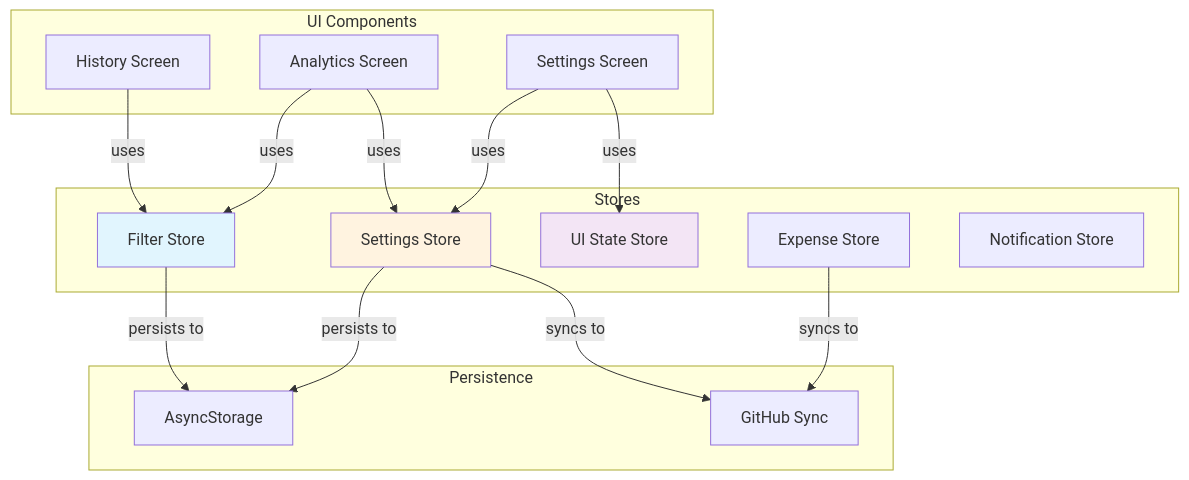
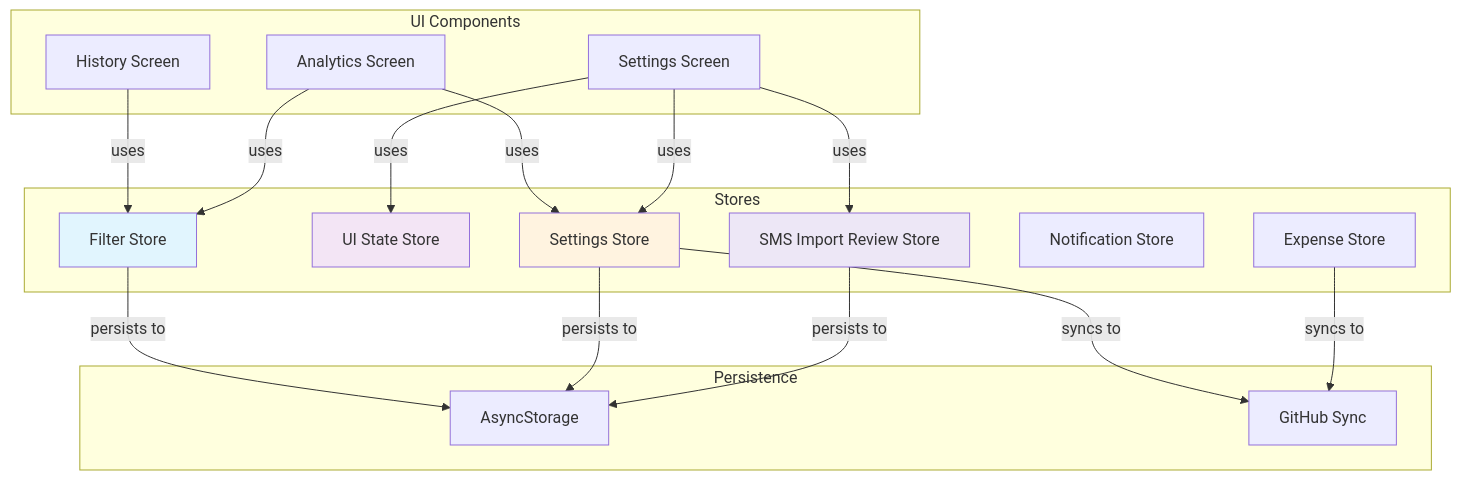
The first of 8 diagrams in ARCHITECTURE.md (sudokoi/expense-buddy), drawn with Mermaid before and after one commit. The commit also changed other lines of this file and 25 other files, not shown here.

First line of the commit message:
feat(sms-import): add Android review-first import flow

````diff
--- a/ARCHITECTURE.md
+++ b/ARCHITECTURE.md
@@ -20,36 +20,40 @@
 ```mermaid
 graph TB
     subgraph "Stores"
         FS[Filter Store]
         UIS[UI State Store]
         SS[Settings Store]
         ES[Expense Store]
         NS[Notification Store]
+        SIR[SMS Import Review Store]
     end
 
     subgraph "Persistence"
         AS[AsyncStorage]
         GH[GitHub Sync]
     end
 
     subgraph "UI Components"
         H[History Screen]
         A[Analytics Screen]
         S[Settings Screen]
     end
 
     FS -->|persists to| AS
     SS -->|persists to| AS
     SS -->|syncs to| GH
     ES -->|syncs to| GH
+    SIR -->|persists to| AS
 
     H -->|uses| FS
     A -->|uses| FS
     A -->|uses| SS
     S -->|uses| SS
     S -->|uses| UIS
+    S -->|uses| SIR
 
     style FS fill:#e1f5fe
     style SS fill:#fff3e0
     style UIS fill:#f3e5f5
+    style SIR fill:#ede7f6
 ```
````
